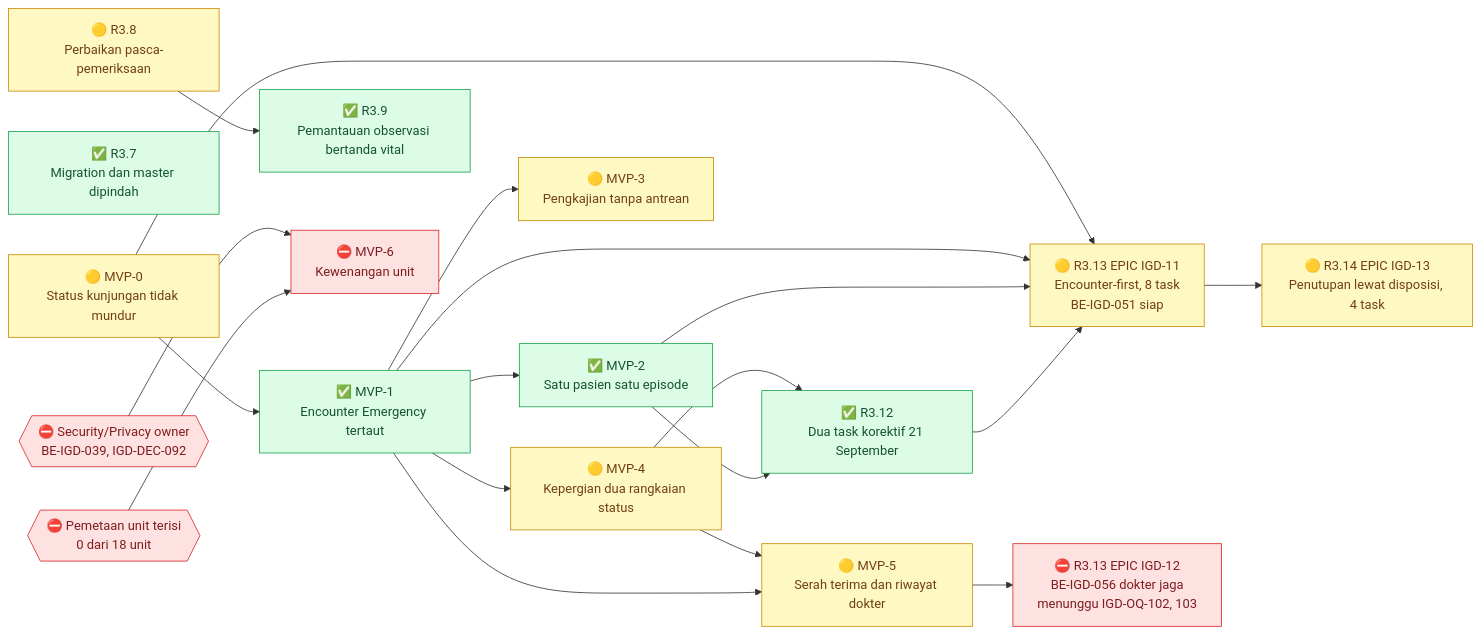
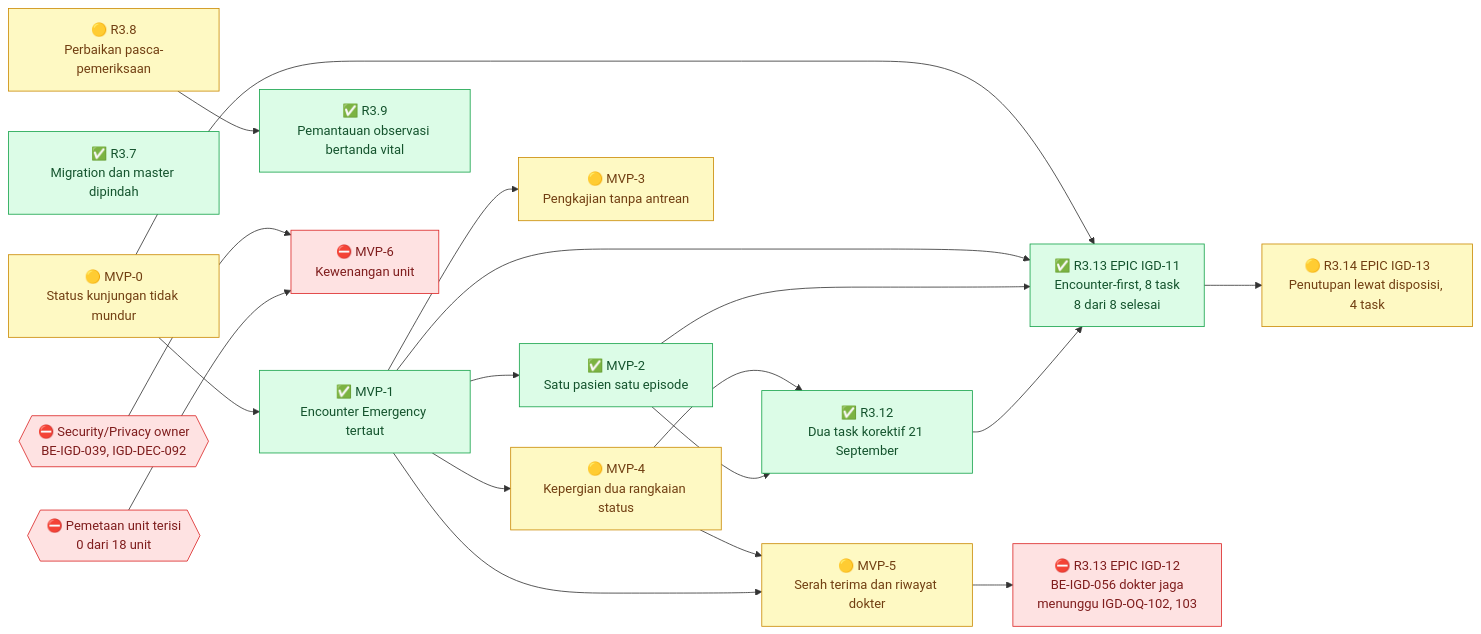
The first of 12 diagrams in docs/module-blueprints/igd/roadmap/backend-roadmap.md (DevBenari/NewQuilvianSystemBackend), drawn with Mermaid before and after one commit. The commit also changed other lines of this file and 16 other files, not shown here.

````diff
--- a/docs/module-blueprints/igd/roadmap/backend-roadmap.md
+++ b/docs/module-blueprints/igd/roadmap/backend-roadmap.md
@@ -111,43 +111,43 @@
 ```mermaid
 flowchart LR
     classDef selesai fill:#DCFCE7,stroke:#16A34A,color:#14532D
     classDef sebagian fill:#FEF9C3,stroke:#CA8A04,color:#713F12
     classDef terblokir fill:#FEE2E2,stroke:#DC2626,color:#7F1D1D
     classDef belum fill:#F1F5F9,stroke:#64748B,color:#0F172A
     classDef luar fill:#EDE9FE,stroke:#7C3AED,color:#3B0764
 
     MVP0["🟡 MVP-0<br/>Status kunjungan tidak mundur"]:::sebagian
     MVP1["✅ MVP-1<br/>Encounter Emergency tertaut"]:::selesai
     MVP2["✅ MVP-2<br/>Satu pasien satu episode"]:::selesai
     MVP3["🟡 MVP-3<br/>Pengkajian tanpa antrean"]:::sebagian
     MVP4["🟡 MVP-4<br/>Kepergian dua rangkaian status"]:::sebagian
     MVP5["🟡 MVP-5<br/>Serah terima dan riwayat dokter"]:::sebagian
     R37["✅ R3.7<br/>Migration dan master dipindah"]:::selesai
     R38["🟡 R3.8<br/>Perbaikan pasca-pemeriksaan"]:::sebagian
     R39["✅ R3.9<br/>Pemantauan observasi bertanda vital"]:::selesai
     R312["✅ R3.12<br/>Dua task korektif 21 September"]:::selesai
-    R313["🟡 R3.13 EPIC IGD-11<br/>Encounter-first, 8 task<br/>BE-IGD-051 siap"]:::sebagian
+    R313["✅ R3.13 EPIC IGD-11<br/>Encounter-first, 8 task<br/>8 dari 8 selesai"]:::selesai
     R313S7["⛔ R3.13 EPIC IGD-12<br/>BE-IGD-056 dokter jaga<br/>menunggu IGD-OQ-102, 103"]:::terblokir
     R314["🟡 R3.14 EPIC IGD-13<br/>Penutupan lewat disposisi, 4 task"]:::sebagian
     MVP6["⛔ MVP-6<br/>Kewenangan unit"]:::terblokir
     SEC{{"⛔ Security/Privacy owner<br/>BE-IGD-039, IGD-DEC-092"}}:::terblokir
     MAP{{"⛔ Pemetaan unit terisi<br/>0 dari 18 unit"}}:::terblokir
 
     MVP0 --> MVP1
     MVP1 --> MVP2
     MVP1 --> MVP3
     MVP1 --> MVP4
     MVP4 --> MVP5
     MVP1 --> MVP5
     MVP4 --> R312
     MVP2 --> R312
     MVP0 --> R313
     MVP1 --> R313
     MVP2 --> R313
     MVP5 --> R313S7
     R312 --> R313
     R313 --> R314
     SEC --> MVP6
     MAP --> MVP6
     R38 --> R39
 ```
````
